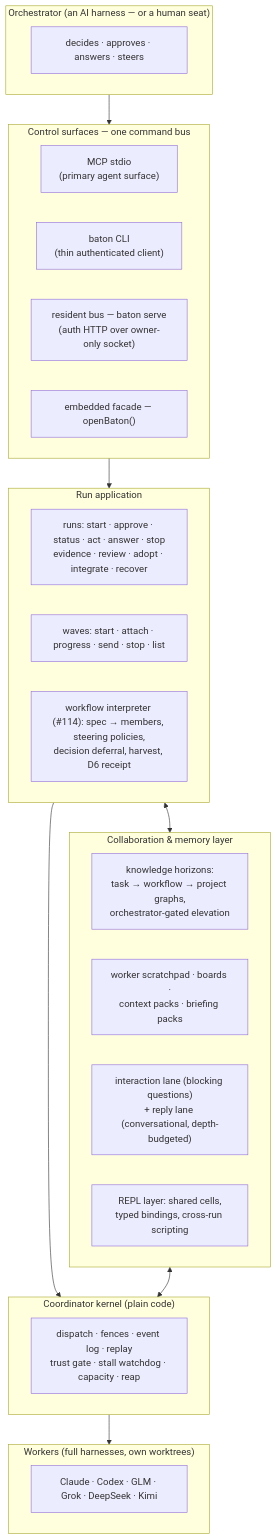
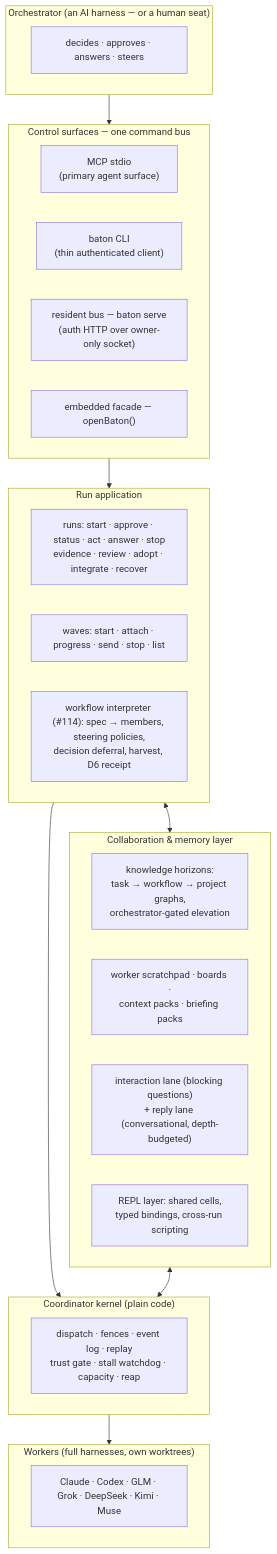
The diagram in README.md (Flip-Engineering/baton), drawn with Mermaid before and after one commit. The commit also changed other lines of this file and 2 other files, not shown here.

````diff
--- a/README.md
+++ b/README.md
@@ -50,32 +50,32 @@
 ```mermaid
 flowchart TB
     subgraph YOU["Orchestrator (an AI harness — or a human seat)"]
         O[decides · approves · answers · steers]
     end
     subgraph SURFACES["Control surfaces — one command bus"]
         MCP["MCP stdio<br/>(primary agent surface)"]
         CLI["baton CLI<br/>(thin authenticated client)"]
         WEB["resident bus — baton serve<br/>(auth HTTP over owner-only socket)"]
         FAC["embedded facade — openBaton()"]
     end
     subgraph APP["Run application"]
         RUN["runs: start · approve · status · act · answer · stop<br/>evidence · review · adopt · integrate · recover"]
         WAVES["waves: start · attach · progress · send · stop · list"]
         WF["workflow interpreter (#114): spec → members, steering policies,<br/>decision deferral, harvest, D6 receipt"]
     end
     subgraph COLLAB["Collaboration & memory layer"]
         KG["knowledge horizons:<br/>task → workflow → project graphs,<br/>orchestrator-gated elevation"]
         SCR["worker scratchpad · boards ·<br/>context packs · briefing packs"]
         MSG["interaction lane (blocking questions)<br/>+ reply lane (conversational, depth-budgeted)"]
         REPL["REPL layer: shared cells,<br/>typed bindings, cross-run scripting"]
     end
     subgraph KERNEL["Coordinator kernel (plain code)"]
         COORD["dispatch · fences · event log · replay<br/>trust gate · stall watchdog · capacity · reap"]
     end
     subgraph FLEET["Workers (full harnesses, own worktrees)"]
-        W["Claude · Codex · GLM · Grok · DeepSeek · Kimi"]
+        W["Claude · Codex · GLM · Grok · DeepSeek · Kimi · Muse"]
     end
     YOU --> SURFACES --> APP --> KERNEL --> FLEET
     APP <--> COLLAB
     COLLAB <--> KERNEL
 ```
````
